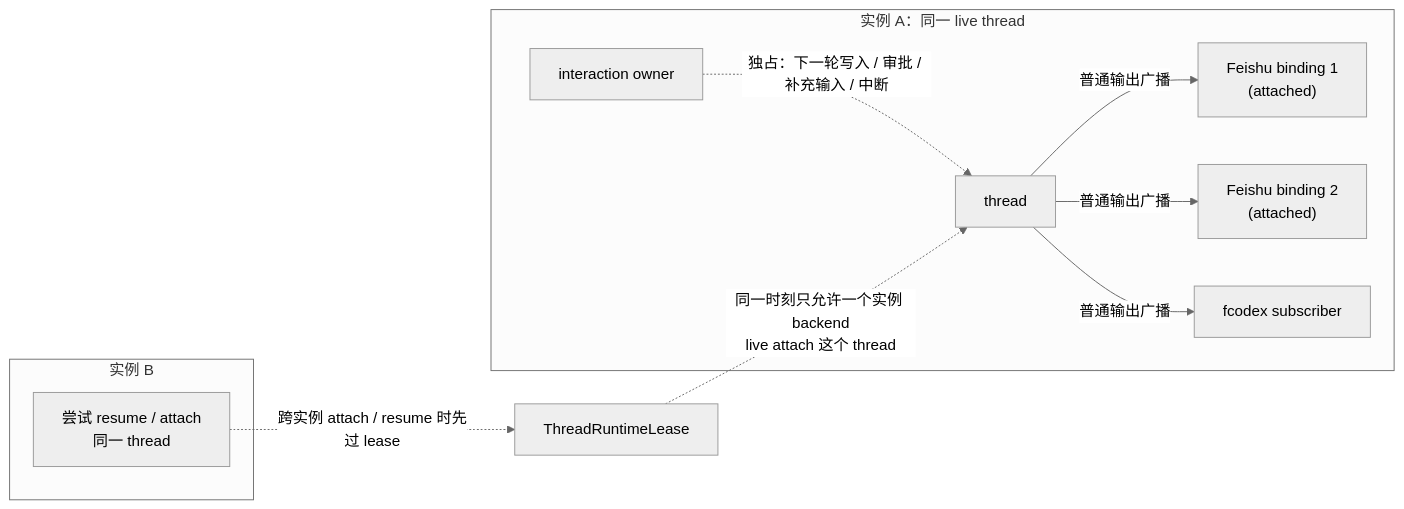
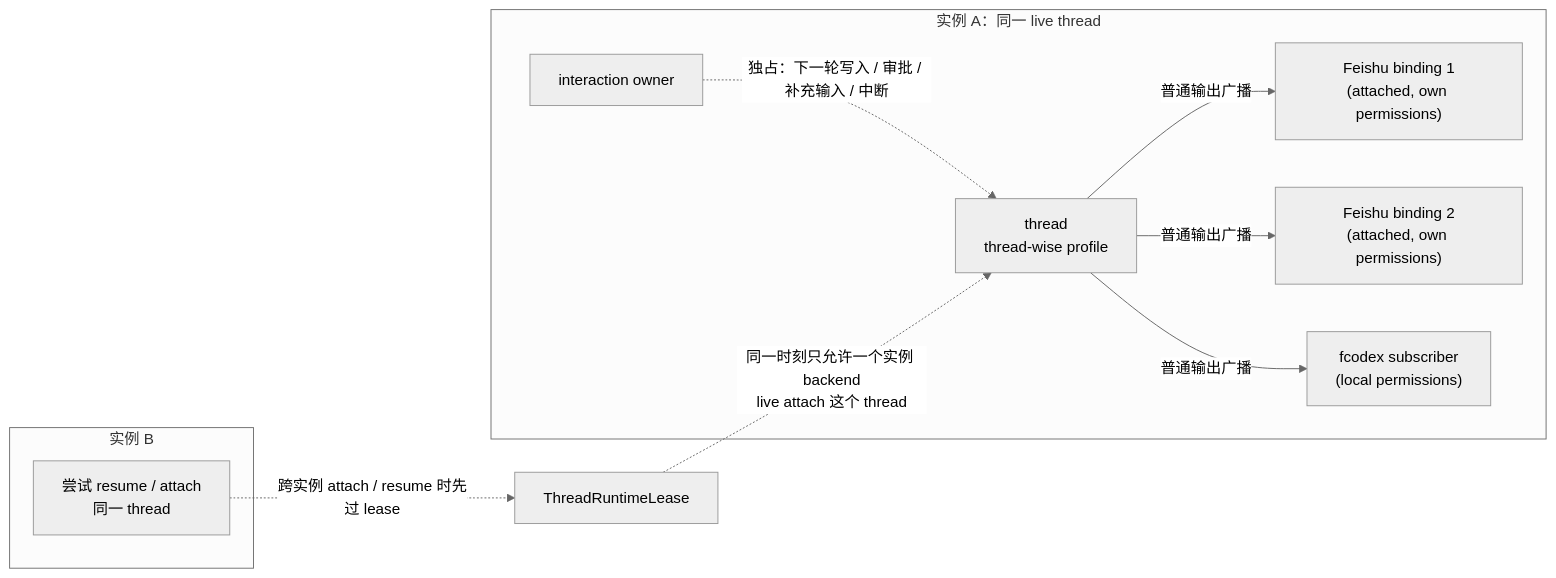
One commit to ZichaoLong/focus changed the second of 2 diagrams in README.md. Above: the diagram before and after it, drawn with Mermaid (neutral theme). The commit also changed other lines of this file, not shown here.

````diff
--- a/README.md
+++ b/README.md
@@ -283,25 +305,25 @@
 ```mermaid
 flowchart LR
   subgraph A["实例 A：同一 live thread"]
-    F1["Feishu binding 1<br/>(attached)"]
-    F2["Feishu binding 2<br/>(attached)"]
-    TUI["fcodex subscriber"]
-    Thread["thread"]
+    F1["Feishu binding 1<br/>(attached, own permissions)"]
+    F2["Feishu binding 2<br/>(attached, own permissions)"]
+    TUI["fcodex subscriber<br/>(local permissions)"]
+    Thread["thread<br/>thread-wise profile"]
     Owner["interaction owner"]
   end
 
   subgraph B["实例 B"]
     Other["尝试 resume / attach<br/>同一 thread"]
   end
 
   Lease["ThreadRuntimeLease"]
 
   Thread -->|"普通输出广播"| F1
   Thread -->|"普通输出广播"| F2
   Thread -->|"普通输出广播"| TUI
 
   Owner -. "独占：下一轮写入 / 审批 / 补充输入 / 中断" .-> Thread
 
   Lease -. "同一时刻只允许一个实例 backend<br/>live attach 这个 thread" .-> Thread
   Other -. "跨实例 attach / resume 时先过 lease" .-> Lease
 ```
````
